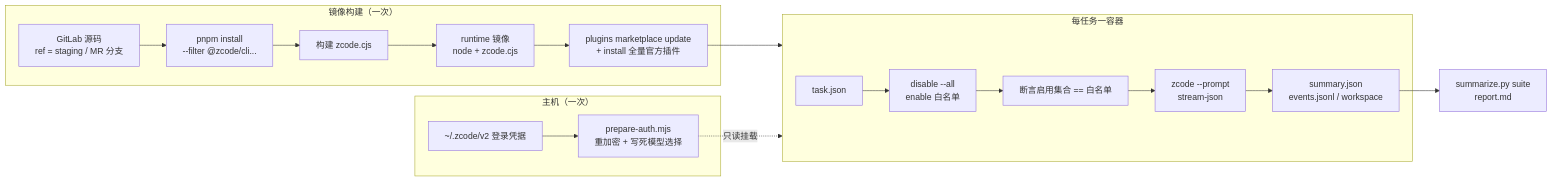
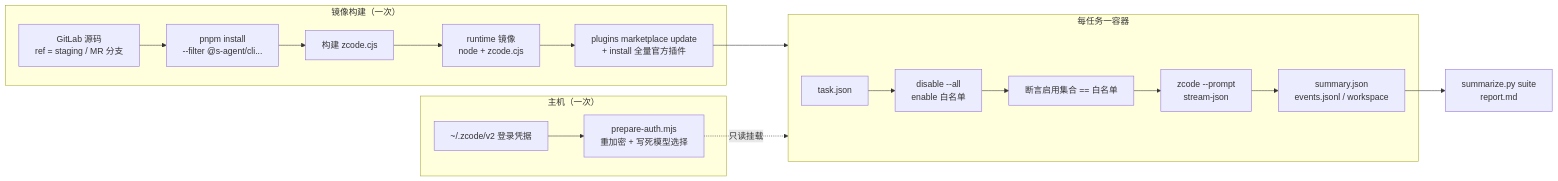
Before and after one commit to ShihaoShenCreator/ZCode-Rev: the first of 2 diagrams in docs/plugin-eval-docker.md, drawn with Mermaid. The commit also changed other lines of this file and 4545 other files, not shown here.

````diff
--- a/docs/plugin-eval-docker.md
+++ b/docs/plugin-eval-docker.md
@@ -16,21 +16,21 @@
 ```mermaid
 flowchart LR
   subgraph build[镜像构建（一次）]
-    A[GitLab 源码<br/>ref = staging / MR 分支] --> B[pnpm install<br/>--filter @zcode/cli...]
+    A[GitLab 源码<br/>ref = staging / MR 分支] --> B[pnpm install<br/>--filter @s-agent/cli...]
     B --> C[构建 zcode.cjs]
     C --> D[runtime 镜像<br/>node + zcode.cjs]
     D --> E[plugins marketplace update<br/>+ install 全量官方插件]
   end
   subgraph host[主机（一次）]
     F[~/.zcode/v2 登录凭据] --> G[prepare-auth.mjs<br/>重加密 + 写死模型选择]
   end
   subgraph run[每任务一容器]
     H[task.json] --> I[disable --all<br/>enable 白名单]
     I --> J[断言启用集合 == 白名单]
     J --> K[zcode --prompt<br/>stream-json]
     K --> L[summary.json<br/>events.jsonl / workspace]
   end
   E --> run
   G -. 只读挂载 .-> run
   L --> M[summarize.py suite<br/>report.md]
 ```
````
